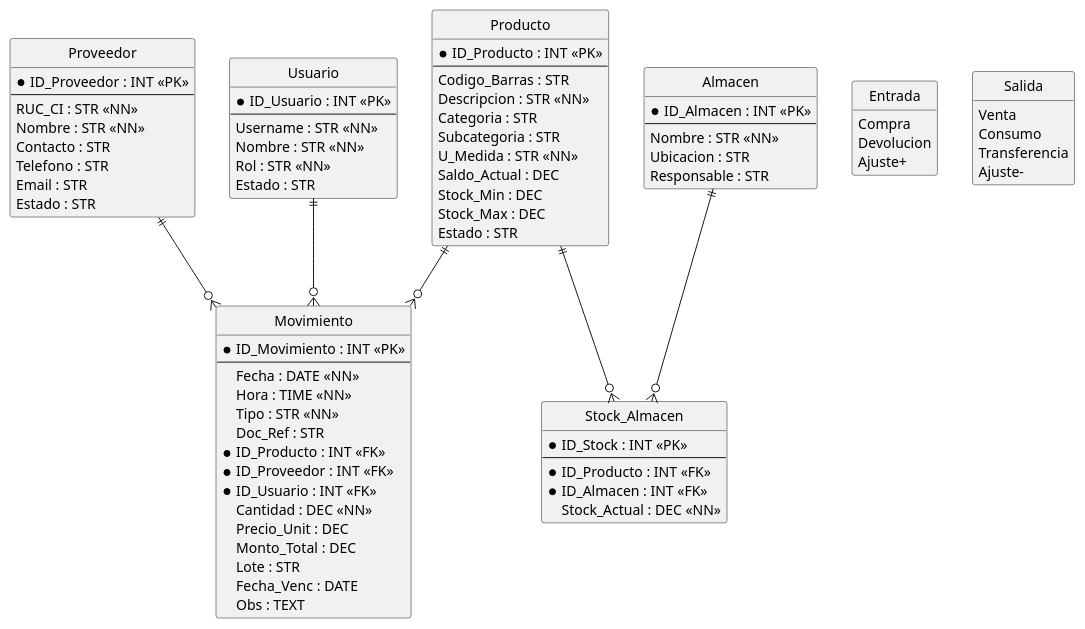
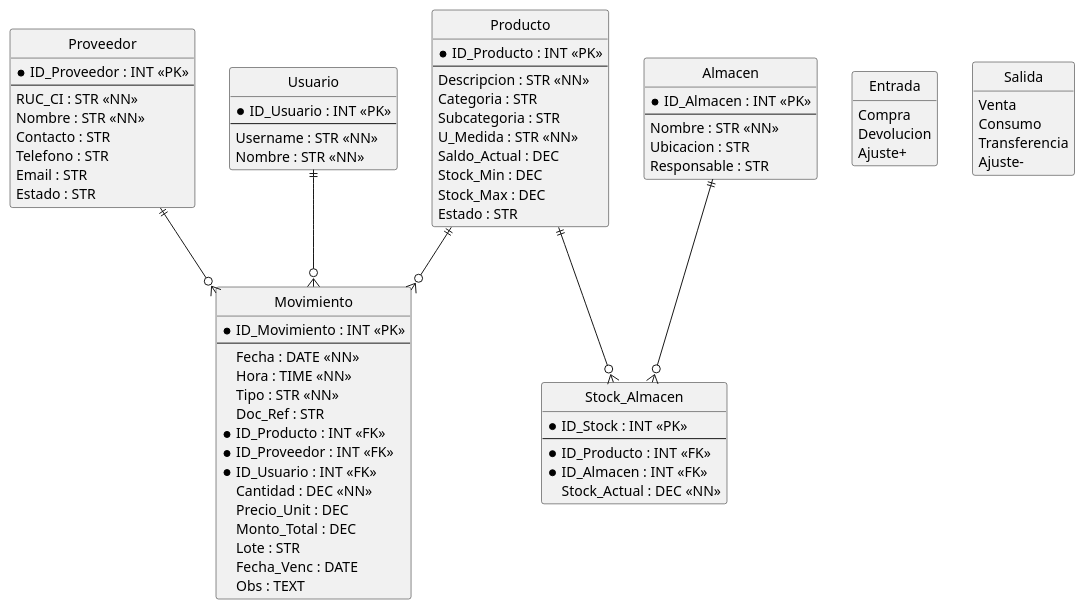
One commit to Void-CA/Amphora changed the diagram in docs/code/MR.puml. Above: the diagram before and after it, drawn with PlantUML. The commit also changed 49 other files, not shown here.

```diff
--- a/docs/code/MR.puml
+++ b/docs/code/MR.puml
@@ -1,93 +1,90 @@
 @startuml
 hide methods
 hide circle
 
 entity Producto {
   * ID_Producto : INT <<PK>>
   --
-  Codigo_Barras : STR
   Descripcion : STR <<NN>>
   Categoria : STR
   Subcategoria : STR
   U_Medida : STR <<NN>>
   Saldo_Actual : DEC
   Stock_Min : DEC
   Stock_Max : DEC
   Estado : STR
 }
 
 entity Proveedor {
   * ID_Proveedor : INT <<PK>>
   --
   RUC_CI : STR <<NN>>
   Nombre : STR <<NN>>
   Contacto : STR
   Telefono : STR
   Email : STR
   Estado : STR
 }
 
 entity Movimiento {
   * ID_Movimiento : INT <<PK>>
   --
   Fecha : DATE <<NN>>
   Hora : TIME <<NN>>
   Tipo : STR <<NN>>
   Doc_Ref : STR
   * ID_Producto : INT <<FK>>
   * ID_Proveedor : INT <<FK>>
   * ID_Usuario : INT <<FK>>
   Cantidad : DEC <<NN>>
   Precio_Unit : DEC
   Monto_Total : DEC
   Lote : STR
   Fecha_Venc : DATE
   Obs : TEXT
 }
 
 entity Usuario {
   * ID_Usuario : INT <<PK>>
   --
   Username : STR <<NN>>
   Nombre : STR <<NN>>
-  Rol : STR <<NN>>
-  Estado : STR
 }
 
 entity Almacen {
   * ID_Almacen : INT <<PK>>
   --
   Nombre : STR <<NN>>
   Ubicacion : STR
   Responsable : STR
 }
 
 entity Stock_Almacen {
   * ID_Stock : INT <<PK>>
   --
   * ID_Producto : INT <<FK>>
   * ID_Almacen : INT <<FK>>
   Stock_Actual : DEC <<NN>>
 }
 
 enum Entrada {
     Compra
     Devolucion
     Ajuste+
 }
 
 enum Salida {
     Venta
     Consumo
     Transferencia
     Ajuste-
 }
 
 ' Relaciones
 Producto ||--o{ Movimiento
 Proveedor ||--o{ Movimiento
 Usuario ||--o{ Movimiento
 Producto ||--o{ Stock_Almacen
 Almacen ||--o{ Stock_Almacen
 
 @enduml
```
